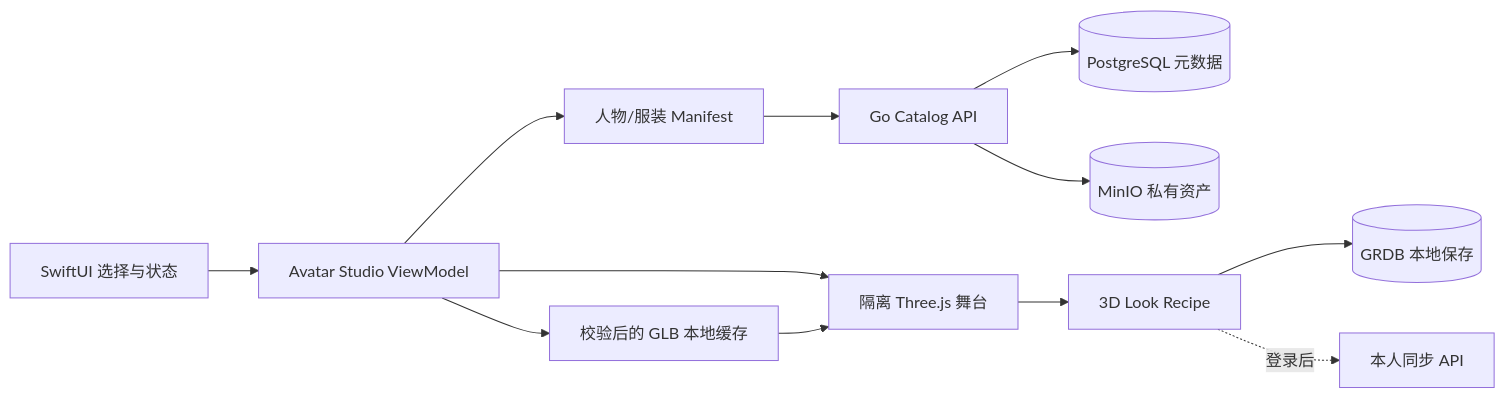
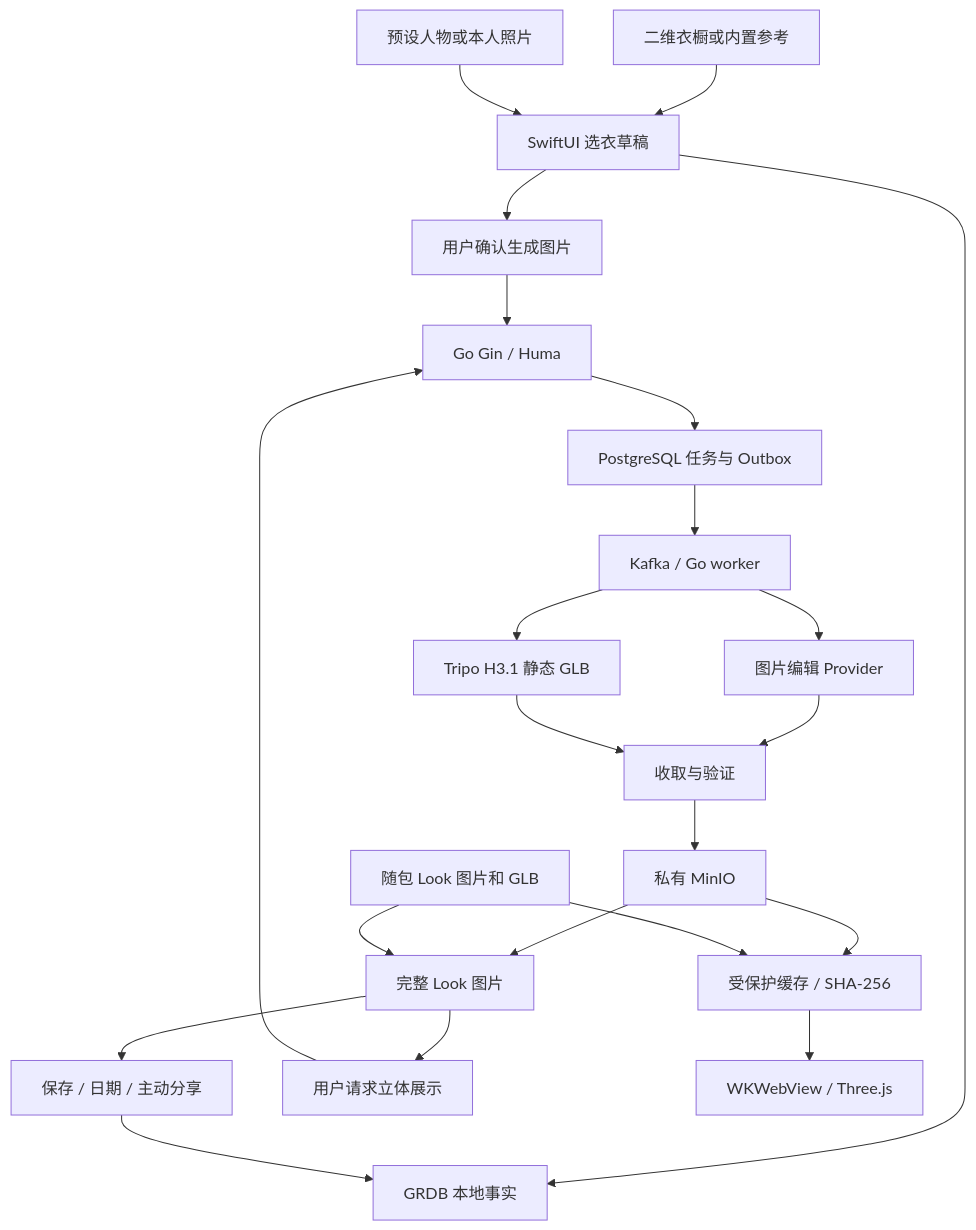
The diagram in docs/design/20-OOTD完整产品能力与阶段架构设计.md (StephenQiu30/then-server), drawn with Mermaid before and after one commit. The commit also changed other lines of this file and 59 other files, not shown here.

````diff
--- a/docs/design/20-OOTD完整产品能力与阶段架构设计.md
+++ b/docs/design/20-OOTD完整产品能力与阶段架构设计.md
@@ -189,14 +57,24 @@
 ```mermaid
-flowchart LR
-    UI[SwiftUI 选择与状态] --> VM[Avatar Studio ViewModel]
-    VM --> Catalog[人物/服装 Manifest]
-    VM --> Cache[校验后的 GLB 本地缓存]
-    Catalog --> API[Go Catalog API]
-    API --> PG[(PostgreSQL 元数据)]
-    API --> MinIO[(MinIO 私有资产)]
-    VM --> Stage[隔离 Three.js 舞台]
-    Cache --> Stage
-    Stage --> Recipe[3D Look Recipe]
-    Recipe --> Local[(GRDB 本地保存)]
-    Recipe -. 登录后 .-> Sync[本人同步 API]
+flowchart TD
+    Wardrobe[二维衣橱或内置参考] --> Draft[SwiftUI 选衣草稿]
+    Person[预设人物或本人照片] --> Draft
+    Draft --> ImageRequest[用户确认生成图片]
+    ImageRequest --> API[Go Gin / Huma]
+    API --> PG[PostgreSQL 任务与 Outbox]
+    PG --> Queue[Kafka / Go worker]
+    Queue --> ImageProvider[图片编辑 Provider]
+    ImageProvider --> Validate[收取与验证]
+    Validate --> Storage[私有 MinIO]
+    Storage --> Image[完整 Look 图片]
+    Image --> Save[保存 / 日期 / 主动分享]
+    Image --> ModelRequest[用户请求立体展示]
+    ModelRequest --> API
+    Queue --> Tripo[Tripo H3.1 静态 GLB]
+    Tripo --> Validate
+    Storage --> Cache[受保护缓存 / SHA-256]
+    Cache --> Renderer[WKWebView / Three.js]
+    Builtin[随包 Look 图片和 GLB] --> Cache
+    Builtin --> Image
+    Draft --> Local[GRDB 本地事实]
+    Save --> Local
 ```
````
